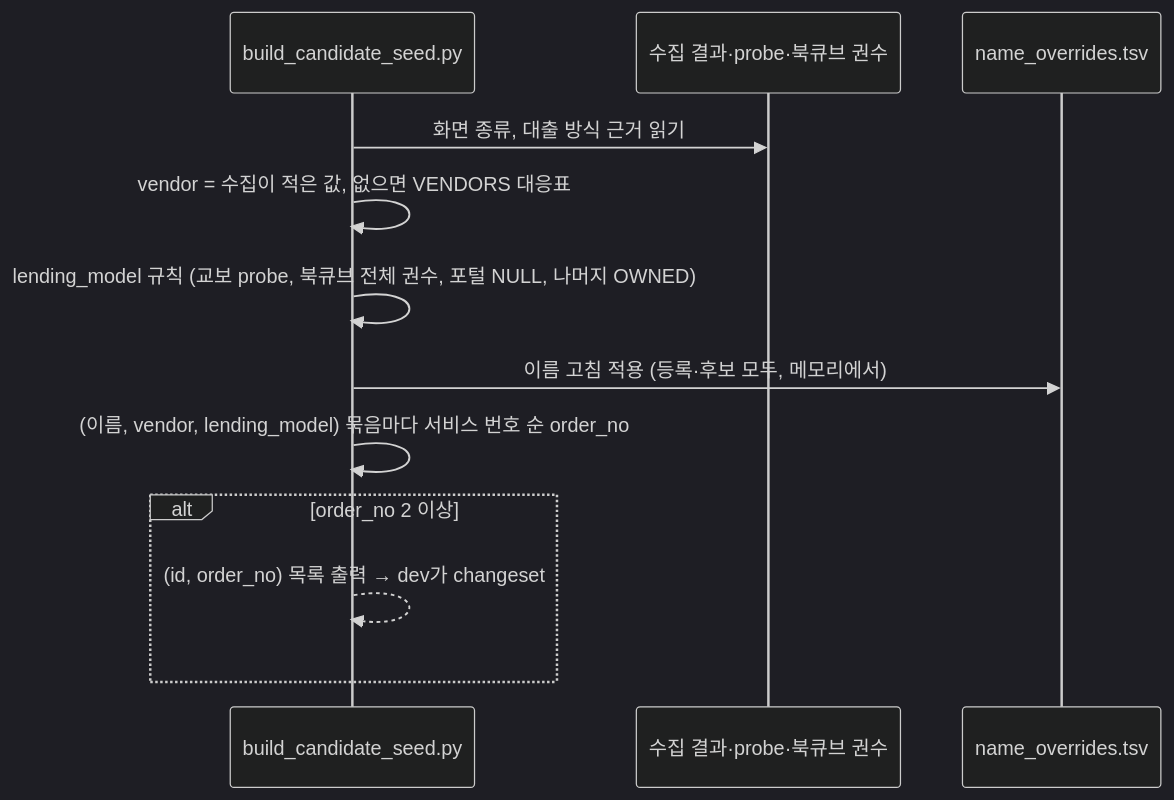
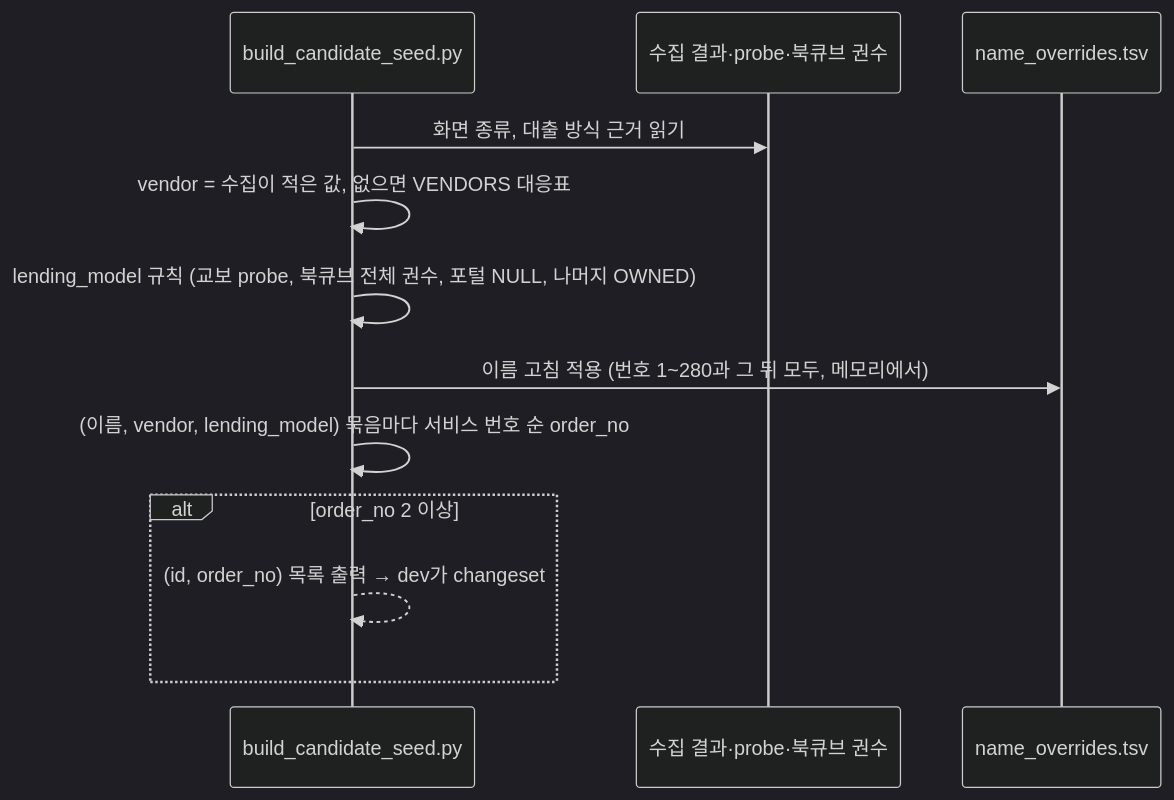
Before and after one commit to hodu-sketch/chaekcheck-plan: diagram 26 of 39 in docs/current/flows.md, drawn with Mermaid (dark theme). The commit also changed other lines of this file and 25 other files, not shown here.

````diff
--- a/docs/current/flows.md
+++ b/docs/current/flows.md
@@ -778,14 +779,14 @@
 ```mermaid
 sequenceDiagram
   participant S as build_candidate_seed.py
   participant C as 수집 결과·probe·북큐브 권수
   participant O as name_overrides.tsv
   S->>C: 화면 종류, 대출 방식 근거 읽기
   S->>S: vendor = 수집이 적은 값, 없으면 VENDORS 대응표
   S->>S: lending_model 규칙 (교보 probe, 북큐브 전체 권수, 포털 NULL, 나머지 OWNED)
-  S->>O: 이름 고침 적용 (등록·후보 모두, 메모리에서)
+  S->>O: 이름 고침 적용 (번호 1~280과 그 뒤 모두, 메모리에서)
   S->>S: (이름, vendor, lending_model) 묶음마다 서비스 번호 순 order_no
   alt order_no 2 이상
     S-->>S: (id, order_no) 목록 출력 → dev가 changeset
   end
 ```
````
